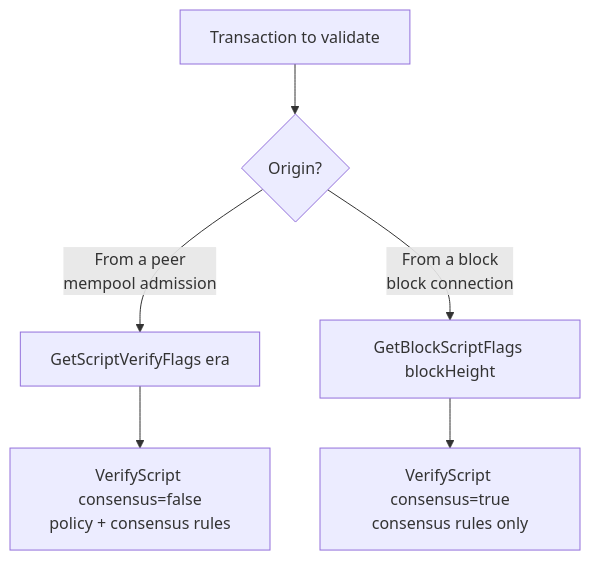
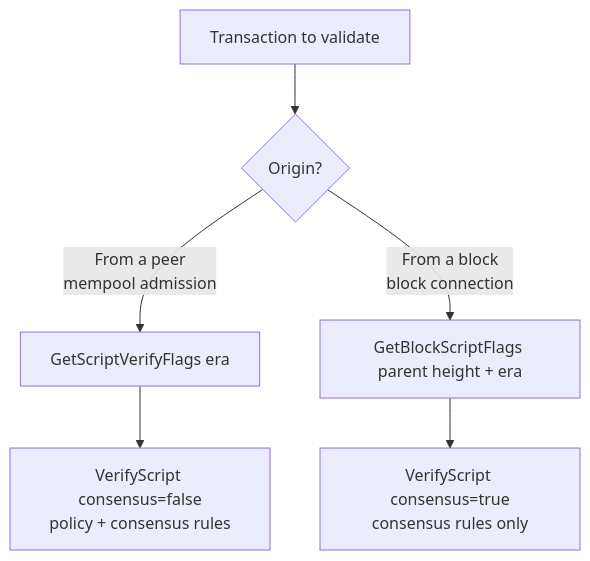
One commit to bitcoin-sv/bdk changed the diagram in documentation/docs/verify_script.md. Above: the diagram before and after it, drawn with Mermaid. The commit also changed other lines of this file and 9 other files, not shown here.

````diff
--- a/documentation/docs/verify_script.md
+++ b/documentation/docs/verify_script.md
@@ -3,8 +3,8 @@
 ```mermaid
 graph TD
     A[Transaction to validate] --> B{Origin?}
     B -->|From a peer<br/>mempool admission| C[GetScriptVerifyFlags era]
-    B -->|From a block<br/>block connection| D[GetBlockScriptFlags blockHeight]
+    B -->|From a block<br/>block connection| D[GetBlockScriptFlags parent height + era]
     C --> E[VerifyScript consensus=false<br/>policy + consensus rules]
     D --> F[VerifyScript consensus=true<br/>consensus rules only]
 ```
````
